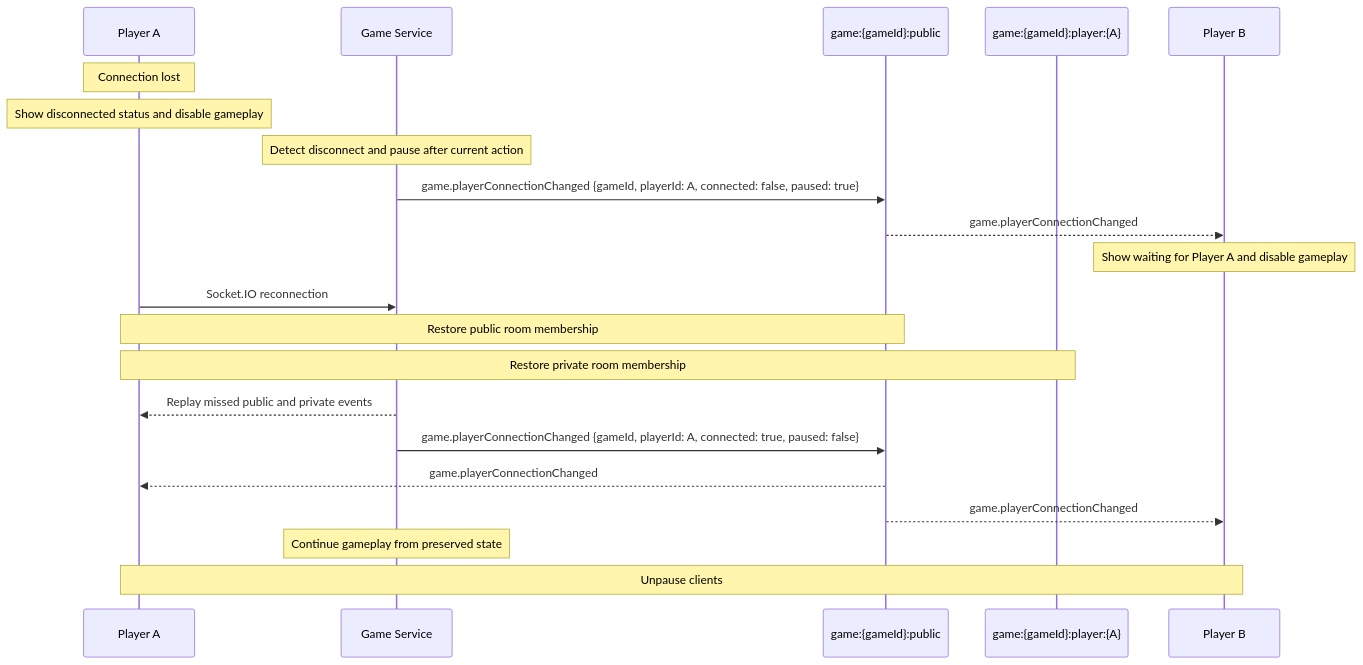
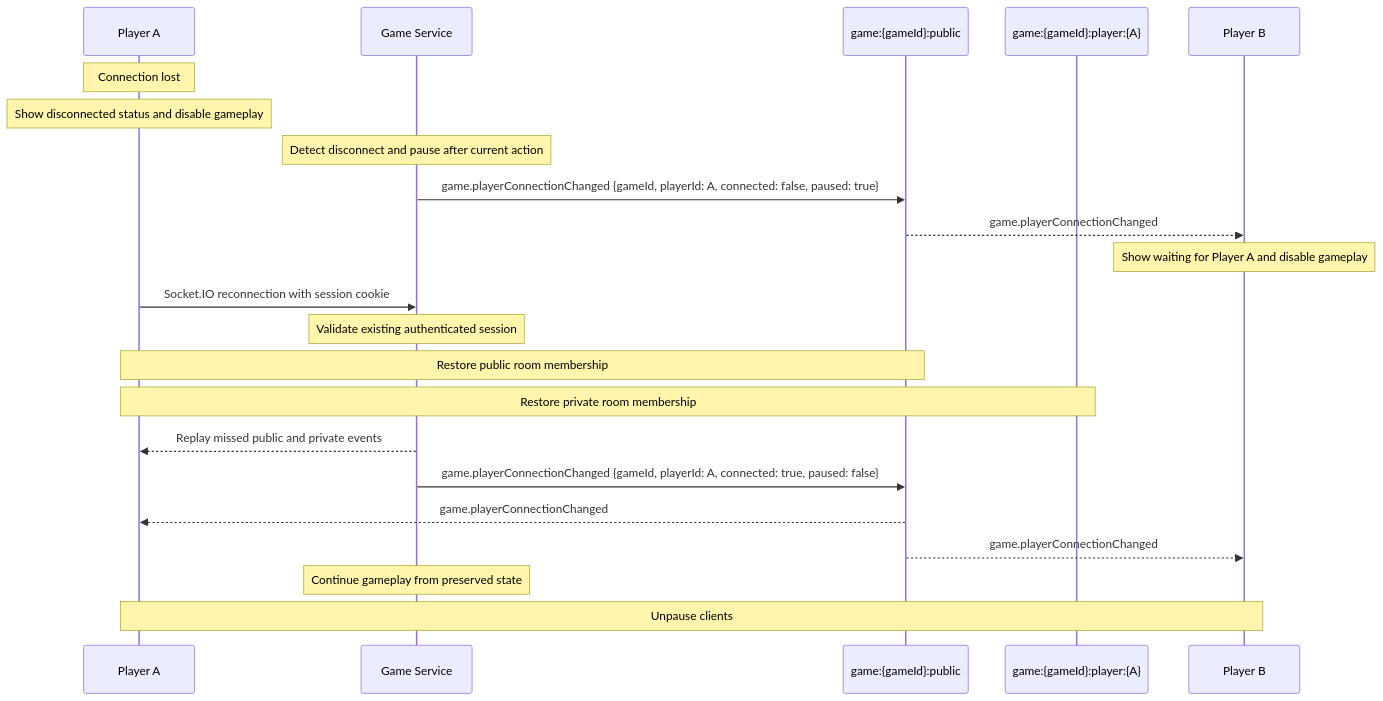
One commit to hananinas/RoboRally changed the third of 4 diagrams in docs/Communication.md. Above: the diagram before and after it, drawn with Mermaid. The commit also changed other lines of this file, not shown here.

Commit message:
docs: document authentication flow

````diff
--- a/docs/Communication.md
+++ b/docs/Communication.md
@@ -222,28 +230,29 @@
 ```mermaid
 sequenceDiagram
     participant A as Player A
     participant S as Game Service
     participant Public as game:{gameId}:public
     participant PrivateA as game:{gameId}:player:{A}
     participant B as Player B
 
     Note over A: Connection lost
     Note over A: Show disconnected status and disable gameplay
     Note over S: Detect disconnect and pause after current action
 
     S->>Public: game.playerConnectionChanged {gameId, playerId: A, connected: false, paused: true}
     Public-->>B: game.playerConnectionChanged
     Note over B: Show waiting for Player A and disable gameplay
 
-    A->>S: Socket.IO reconnection
+    A->>S: Socket.IO reconnection with session cookie
+    Note over S: Validate existing authenticated session
     Note over A,Public: Restore public room membership
     Note over A,PrivateA: Restore private room membership
     S-->>A: Replay missed public and private events
 
     S->>Public: game.playerConnectionChanged {gameId, playerId: A, connected: true, paused: false}
     Public-->>A: game.playerConnectionChanged
     Public-->>B: game.playerConnectionChanged
 
     Note over S: Continue gameplay from preserved state
     Note over A,B: Unpause clients
 ```
````
